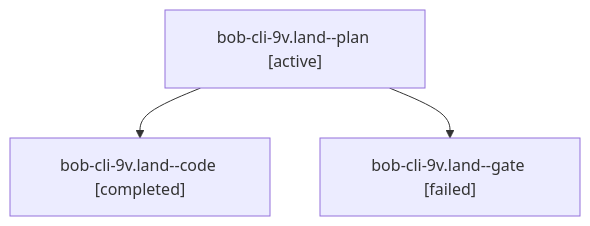
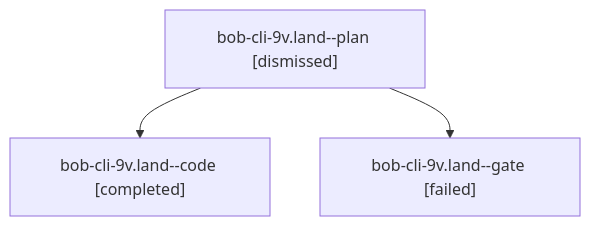
One commit to bobs-org/bob-cli--agents changed the diagram in sessions/bbugyi200.athena.bob-cli-9v.land.md. Above: the diagram before and after it, drawn with Mermaid. The commit also changed other lines of this file and 76 other files, not shown here.

````diff
--- a/sessions/bbugyi200.athena.bob-cli-9v.land.md
+++ b/sessions/bbugyi200.athena.bob-cli-9v.land.md
@@ -9,8 +9,8 @@
 ```mermaid
 flowchart TD
-  n0["bob-cli-9v.land--plan [active]"]
+  n0["bob-cli-9v.land--plan [dismissed]"]
   n1["bob-cli-9v.land--code [completed]"]
   n0 --> n1
   n2["bob-cli-9v.land--gate [failed]"]
   n0 --> n2
 ```
````
